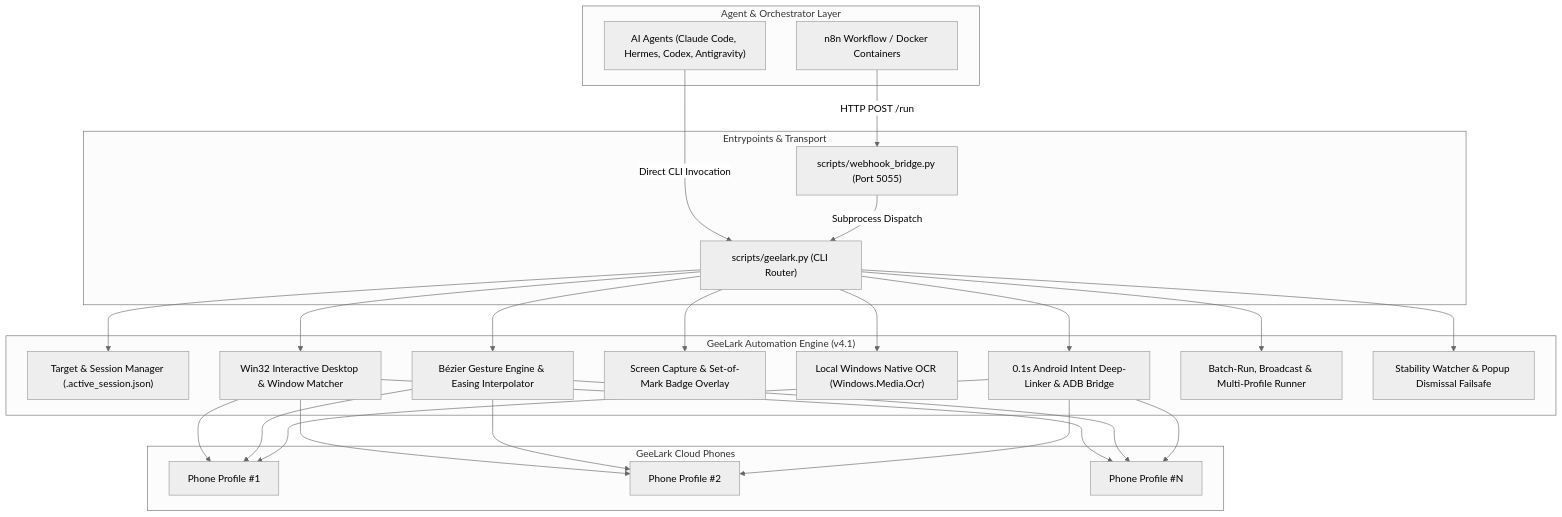
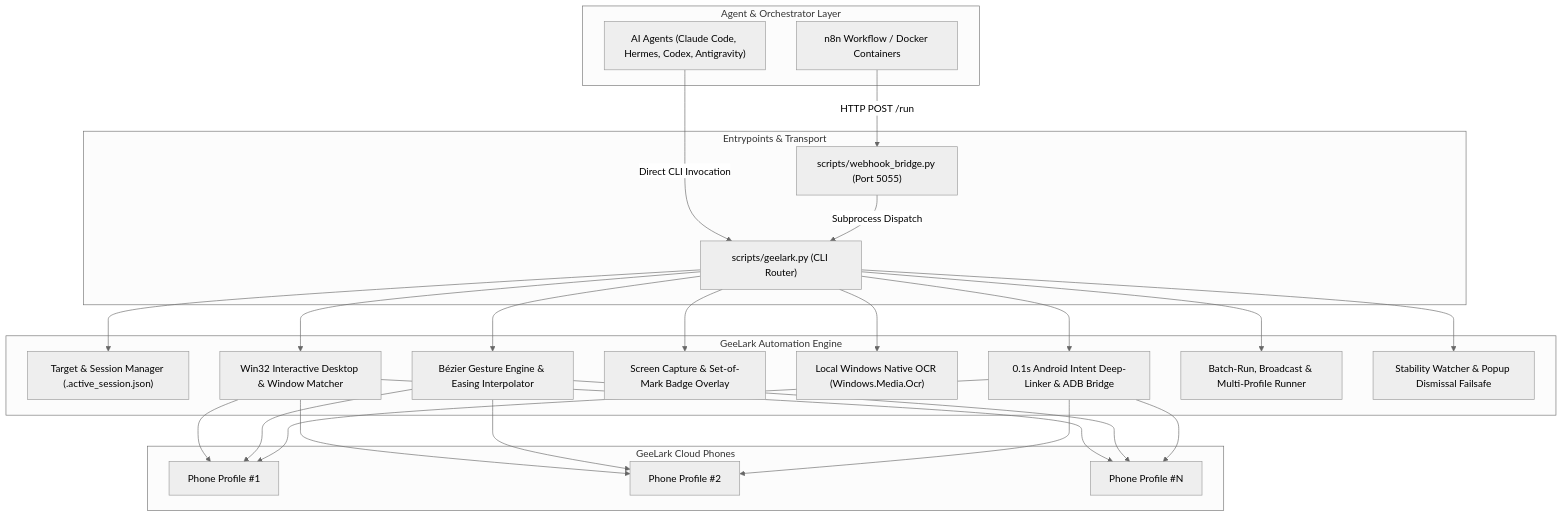
The diagram in references/features_and_architecture.md (toruu7/geelark-cloud-phone), drawn with Mermaid (neutral theme) before and after one commit. The commit also changed other lines of this file and 33 other files, not shown here.

````diff
--- a/references/features_and_architecture.md
+++ b/references/features_and_architecture.md
@@ -9,46 +9,46 @@
 ```mermaid
 flowchart TD
     subgraph AgentOrchestrator ["Agent & Orchestrator Layer"]
         Agent["AI Agents (Claude Code, Hermes, Codex, Antigravity)"]
         DockerN8N["n8n Workflow / Docker Containers"]
     end
 
     subgraph InterfaceLayer ["Entrypoints & Transport"]
         CLI["scripts/geelark.py (CLI Router)"]
         Bridge["scripts/webhook_bridge.py (Port 5055)"]
     end
 
-    subgraph CoreEngine ["GeeLark Automation Engine (v4.1)"]
+    subgraph CoreEngine ["GeeLark Automation Engine"]
         TargetMgr["Target & Session Manager (.active_session.json)"]
         Win32API["Win32 Interactive Desktop & Window Matcher"]
         GestureEngine["Bézier Gesture Engine & Easing Interpolator"]
         VisionEngine["Screen Capture & Set-of-Mark Badge Overlay"]
         OCREngine["Local Windows Native OCR (Windows.Media.Ocr)"]
         IntentEngine["0.1s Android Intent Deep-Linker & ADB Bridge"]
         Orchestrator["Batch-Run, Broadcast & Multi-Profile Runner"]
         SelfHealing["Stability Watcher & Popup Dismissal Failsafe"]
     end
 
     subgraph MobileDevice ["GeeLark Cloud Phones"]
         Phone1["Phone Profile #1"]
         Phone2["Phone Profile #2"]
         PhoneN["Phone Profile #N"]
     end
 
     Agent -->|Direct CLI Invocation| CLI
     DockerN8N -->|HTTP POST /run| Bridge
     Bridge -->|Subprocess Dispatch| CLI
 
     CLI --> TargetMgr
     CLI --> Win32API
     CLI --> GestureEngine
     CLI --> VisionEngine
     CLI --> OCREngine
     CLI --> IntentEngine
     CLI --> Orchestrator
     CLI --> SelfHealing
 
     Win32API --> Phone1 & Phone2 & PhoneN
     GestureEngine --> Phone1 & Phone2 & PhoneN
     IntentEngine --> Phone1 & Phone2 & PhoneN
 ```
````
